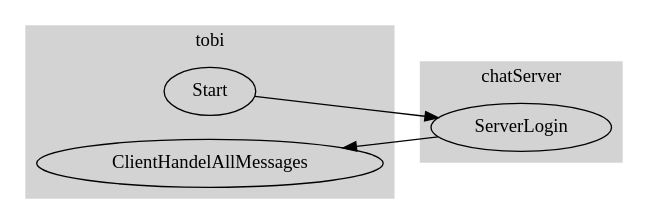
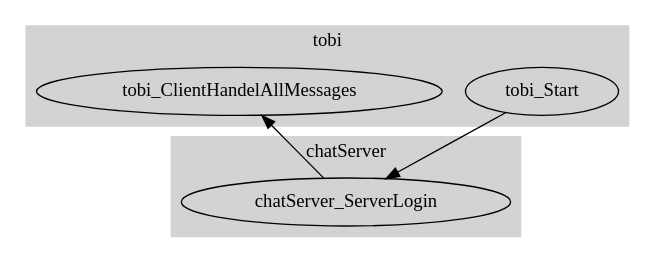
Before and after one commit to fujaba/SDMLib: the diagram in doc/ClientLoginFlow.dot, drawn with Graphviz. The commit also changed 21 other files, not shown here.

Commit message:
swimlane diagrams (parallel), refactoring: renamed handel to handle

```diff
--- a/doc/ClientLoginFlow.dot
+++ b/doc/ClientLoginFlow.dot
@@ -1,24 +1,25 @@
  digraph TaskFlowDiagram {
-    graph[rankdir = "LR"];
     
     subgraph clustertobi {
+    	rankdir="LR";
     	style=filled;
 		color=lightgrey;
-       Start;
-       ClientHandelAllMessages;
+       tobi_Start;
+       tobi_ClientHandelAllMessages;
 
     	label = "tobi";
     }
     subgraph clusterchatServer {
+    	rankdir="LR";
     	style=filled;
 		color=lightgrey;
-       ServerLogin;
+       chatServer_ServerLogin;
 
     	label = "chatServer";
     }
  
     
-    Start -> ServerLogin; 
-    ServerLogin -> ClientHandelAllMessages; 
+    tobi_Start -> chatServer_ServerLogin; 
+    chatServer_ServerLogin -> tobi_ClientHandelAllMessages; 
 
 }
```
